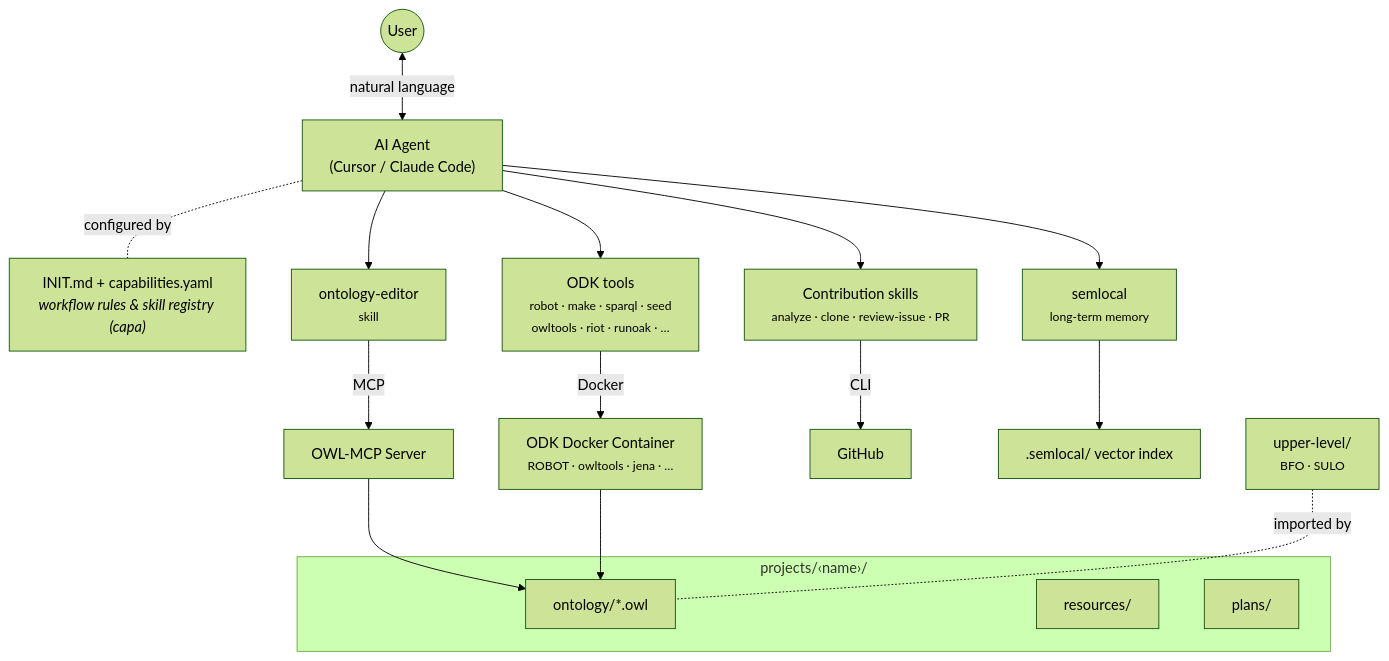
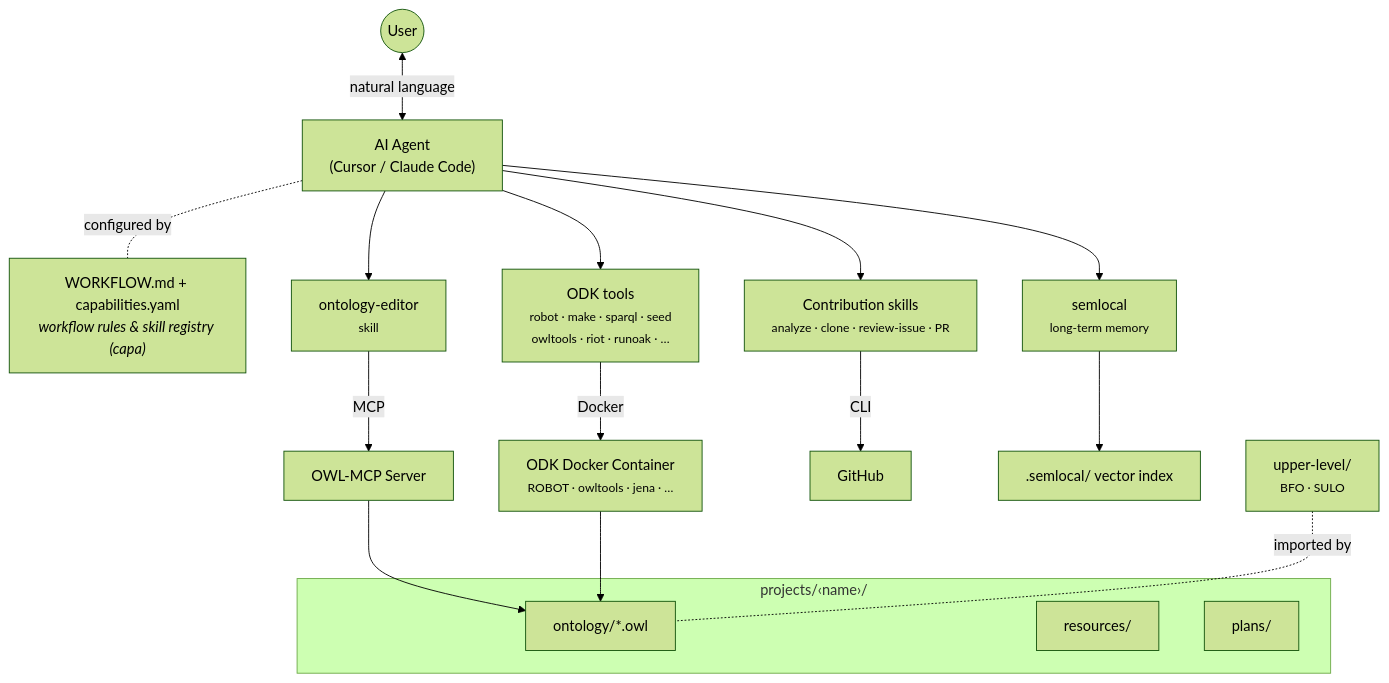
Before and after one commit to Minitour/agentic-ontology-development-kit: the diagram in README.md, drawn with Mermaid (forest theme). The commit also changed other lines of this file and 2 other files, not shown here.

Commit message:
Update configuration and documentation: Rename INIT.md to WORKFLOW.md to better reflect its purpose as agent guidance. Adjust references in capabilities.yaml and README.md to point to the new WORKFLOW.md, ensuring consistency across documentation.

````diff
--- a/README.md
+++ b/README.md
@@ -7,29 +7,29 @@
 ```mermaid
 flowchart TB
     User(("User"))
 
     User <-->|natural language| Agent["AI Agent<br/>(Cursor / Claude Code)"]
 
-    Agent -.-|configured by| Config["INIT.md &plus; capabilities.yaml<br/><i>workflow rules &amp; skill registry (capa)</i>"]
+    Agent -.-|configured by| Config["WORKFLOW.md &plus; capabilities.yaml<br/><i>workflow rules &amp; skill registry (capa)</i>"]
 
     Agent --> Editing["ontology-editor<br/><small>skill</small>"]
     Agent --> ODK["ODK tools<br/><small>robot · make · sparql · seed<br/>owltools · riot · runoak · …</small>"]
     Agent --> Contrib["Contribution skills<br/><small>analyze · clone · review-issue · PR</small>"]
     Agent --> Memory["semlocal<br/><small>long-term memory</small>"]
 
     Editing -->|MCP| MCP["OWL-MCP Server<br/>"]
     ODK -->|Docker| Docker["ODK Docker Container<br/><small>ROBOT · owltools · jena · …</small>"]
     Contrib -->|CLI| GH["GitHub"]
     Memory --> Idx[".semlocal/ vector index"]
 
     MCP --> OWL
     Docker --> OWL
 
     subgraph Project ["projects/‹name›/"]
         OWL["ontology/*.owl"]
         Res["resources/"]
         Plans["plans/"]
     end
 
     Upper["upper-level/<br/><small>BFO · SULO</small>"] -.-|imported by| OWL
 ```
````
